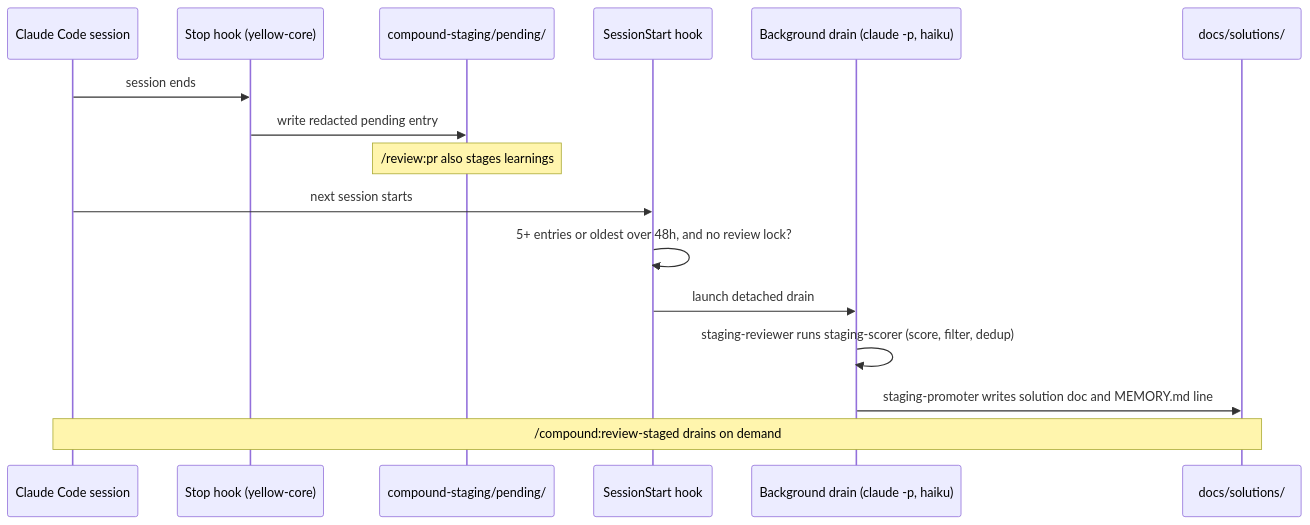
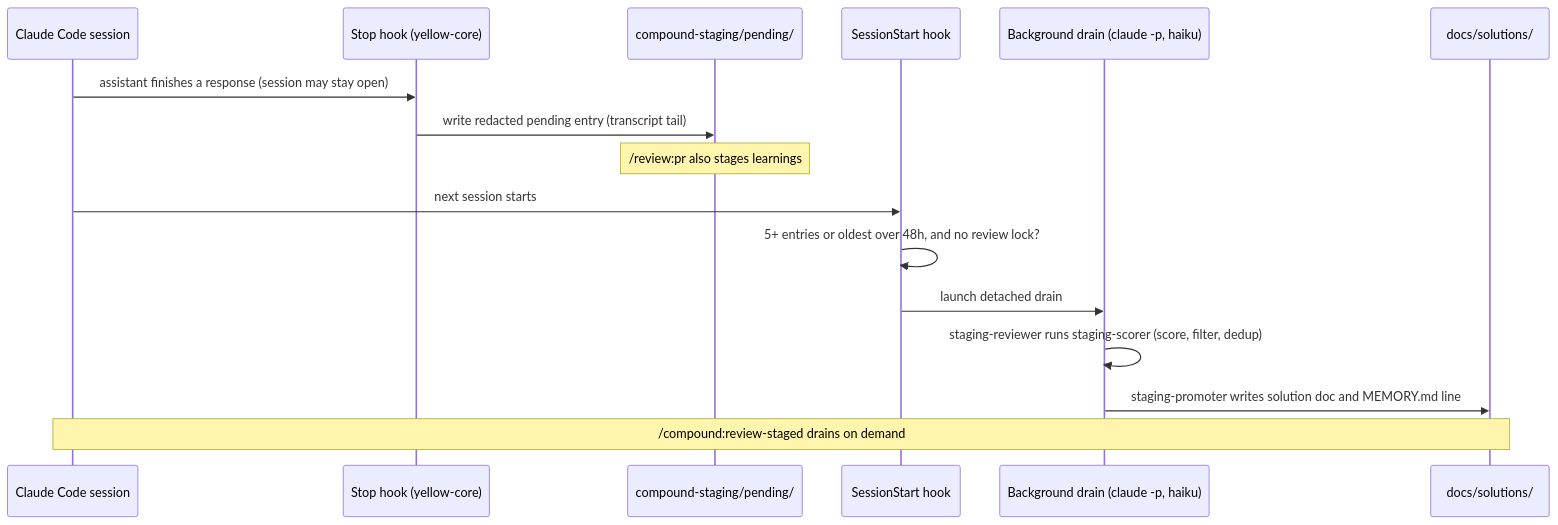
Before and after one commit to KingInYellows/yellow-plugins: the seventh of 8 diagrams in docs/workflow-diagrams.md, drawn with Mermaid. The commit also changed other lines of this file and 1 other file, not shown here.

First line of the commit message:
docs: correct provider, select, shell and release diagram details

````diff
--- a/docs/workflow-diagrams.md
+++ b/docs/workflow-diagrams.md
@@ -213,18 +221,18 @@
 ```mermaid
 sequenceDiagram
   participant Session as Claude Code session
   participant Stop as Stop hook (yellow-core)
   participant Ledger as compound-staging/pending/
   participant Start as SessionStart hook
   participant Drain as Background drain (claude -p, haiku)
   participant Docs as docs/solutions/
-  Session->>Stop: session ends
-  Stop->>Ledger: write redacted pending entry
+  Session->>Stop: assistant finishes a response (session may stay open)
+  Stop->>Ledger: write redacted pending entry (transcript tail)
   Note over Ledger: /review:pr also stages learnings
   Session->>Start: next session starts
   Start->>Start: 5+ entries or oldest over 48h, and no review lock?
   Start->>Drain: launch detached drain
   Drain->>Drain: staging-reviewer runs staging-scorer (score, filter, dedup)
   Drain->>Docs: staging-promoter writes solution doc and MEMORY.md line
   Note over Session,Docs: /compound:review-staged drains on demand
 ```
````
